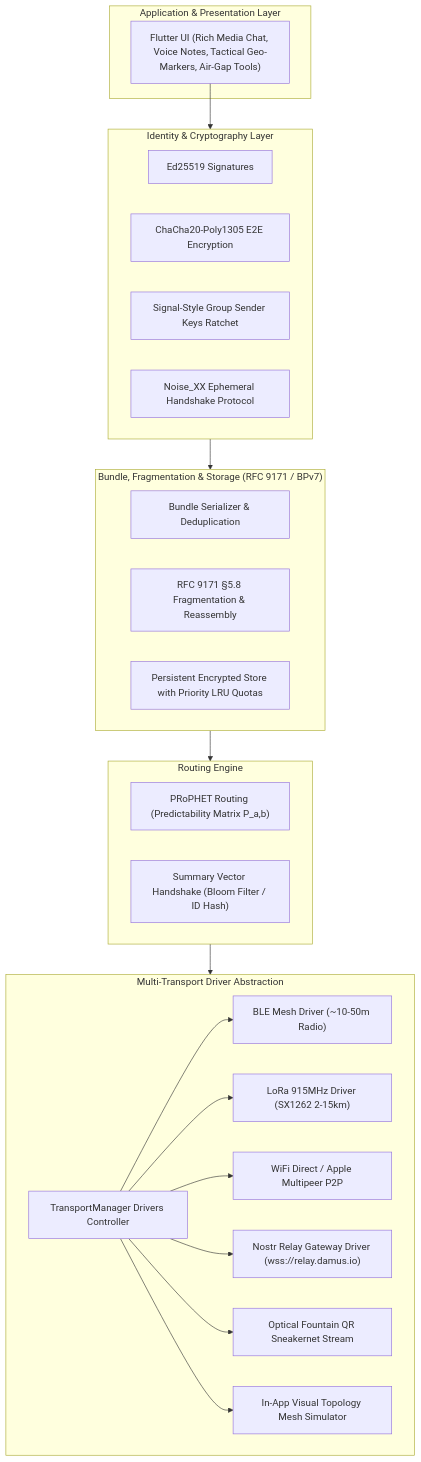
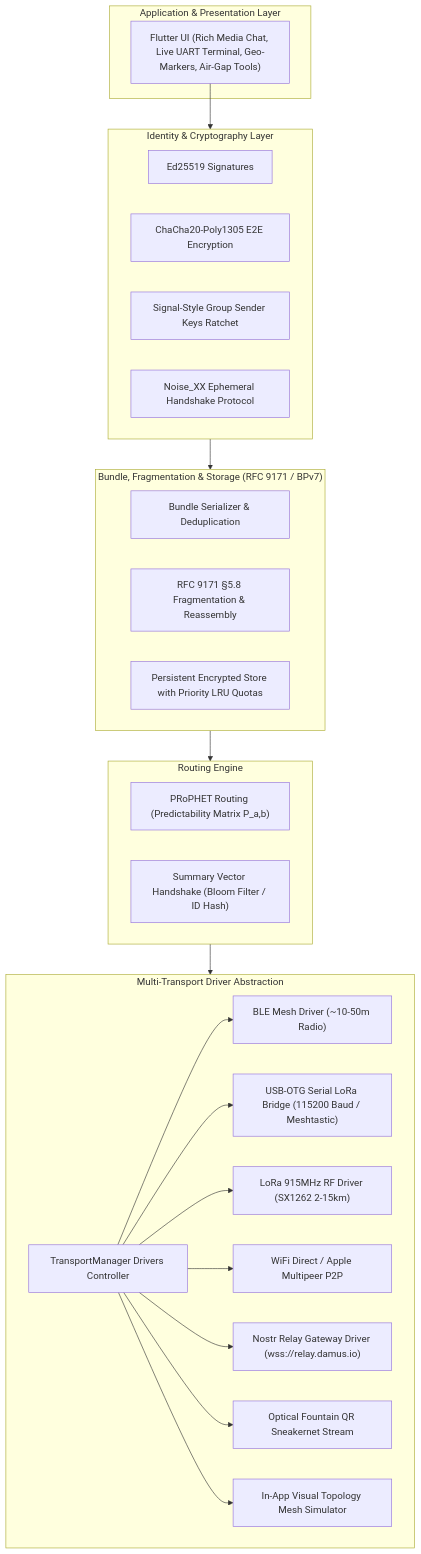
Before and after one commit to Zcross091/Better-BitChat: the diagram in README.md, drawn with Mermaid. The commit also changed other lines of this file and 9 other files, not shown here.

First line of the commit message:
feat: implement Live USB-OTG & Bluetooth Serial LoRa Hardware Bridge with Meshtastic Protocol Interop

````diff
--- a/README.md
+++ b/README.md
@@ -27,45 +28,47 @@
 ```mermaid
 graph TD
     subgraph UI ["Application & Presentation Layer"]
-        AppUI["Flutter UI (Rich Media Chat, Voice Notes, Tactical Geo-Markers, Air-Gap Tools)"]
+        AppUI["Flutter UI (Rich Media Chat, Live UART Terminal, Geo-Markers, Air-Gap Tools)"]
     end
 
     subgraph Security ["Identity & Cryptography Layer"]
         Ed25519["Ed25519 Signatures"]
         ChaCha["ChaCha20-Poly1305 E2E Encryption"]
         GroupKeys["Signal-Style Group Sender Keys Ratchet"]
         Noise["Noise_XX Ephemeral Handshake Protocol"]
     end
 
     subgraph DTN ["Bundle, Fragmentation & Storage (RFC 9171 / BPv7)"]
         BundleEngine["Bundle Serializer & Deduplication"]
         FragEngine["RFC 9171 §5.8 Fragmentation & Reassembly"]
         PersistentStore["Persistent Encrypted Store with Priority LRU Quotas"]
     end
 
     subgraph Routing ["Routing Engine"]
         Prophet["PRoPHET Routing (Predictability Matrix P_a,b)"]
         Vector["Summary Vector Handshake (Bloom Filter / ID Hash)"]
     end
 
     subgraph Transport ["Multi-Transport Driver Abstraction"]
         Manager["TransportManager Drivers Controller"]
         BLE["BLE Mesh Driver (~10-50m Radio)"]
-        LoRa["LoRa 915MHz Driver (SX1262 2-15km)"]
+        USBSerial["USB-OTG Serial LoRa Bridge (115200 Baud / Meshtastic)"]
+        LoRa["LoRa 915MHz RF Driver (SX1262 2-15km)"]
         WiFiP2P["WiFi Direct / Apple Multipeer P2P"]
         Nostr["Nostr Relay Gateway Driver (wss://relay.damus.io)"]
         Fountain["Optical Fountain QR Sneakernet Stream"]
         Simulator["In-App Visual Topology Mesh Simulator"]
     end
 
     AppUI --> Security
     Security --> DTN
     DTN --> Routing
     Routing --> Transport
     Manager --> BLE
+    Manager --> USBSerial
     Manager --> LoRa
     Manager --> WiFiP2P
     Manager --> Nostr
     Manager --> Fountain
     Manager --> Simulator
 ```
````
